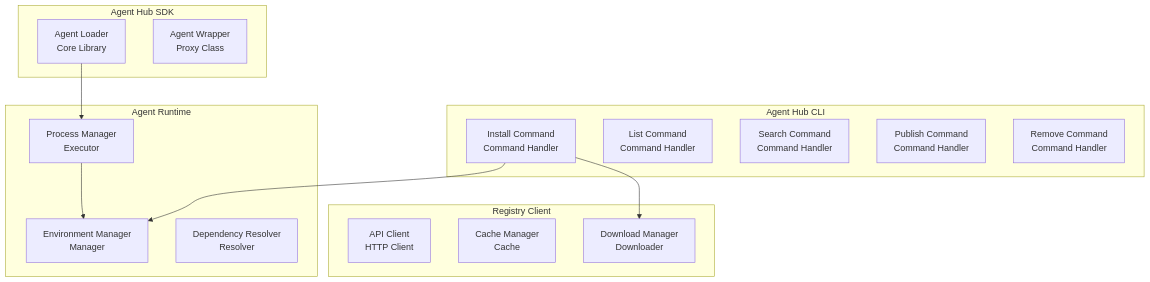
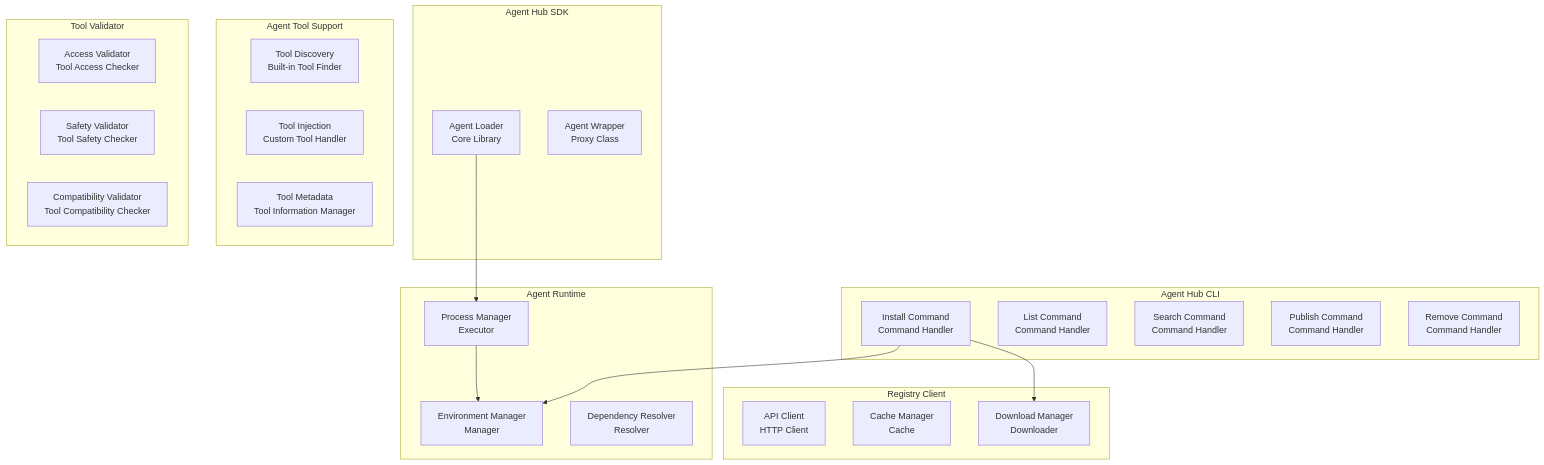
The third of 7 diagrams in docs/.architecture_design/03_container_architecture.md (agentplug/agenthub), drawn with Mermaid before and after one commit. The commit also changed other lines of this file and 14 other files, not shown here.

Commit message:
add tool management to architecture design

````diff
--- a/docs/.architecture_design/03_container_architecture.md
+++ b/docs/.architecture_design/03_container_architecture.md
@@ -75,32 +80,44 @@
 ```mermaid
 graph TD
     subgraph CLI["Agent Hub CLI"]
         install_cmd["Install Command<br/>Command Handler"]
         list_cmd["List Command<br/>Command Handler"]
         search_cmd["Search Command<br/>Command Handler"]
         publish_cmd["Publish Command<br/>Command Handler"]
         remove_cmd["Remove Command<br/>Command Handler"]
     end
     
     subgraph SDK["Agent Hub SDK"]
         agent_loader["Agent Loader<br/>Core Library"]
         agent_wrapper["Agent Wrapper<br/>Proxy Class"]
     end
     
     subgraph Runtime["Agent Runtime"]
         process_manager["Process Manager<br/>Executor"]
         env_manager["Environment Manager<br/>Manager"]
         dep_resolver["Dependency Resolver<br/>Resolver"]
     end
     
     subgraph Registry["Registry Client"]
         api_client["API Client<br/>HTTP Client"]
         cache_manager["Cache Manager<br/>Cache"]
         download_manager["Download Manager<br/>Downloader"]
     end
     
+    subgraph ToolSupport["Agent Tool Support"]
+        tool_discovery["Tool Discovery<br/>Built-in Tool Finder"]
+        tool_injection["Tool Injection<br/>Custom Tool Handler"]
+        tool_metadata["Tool Metadata<br/>Tool Information Manager"]
+    end
+    
+    subgraph ToolValidator["Tool Validator"]
+        access_validator["Access Validator<br/>Tool Access Checker"]
+        safety_validator["Safety Validator<br/>Tool Safety Checker"]
+        compatibility_validator["Compatibility Validator<br/>Tool Compatibility Checker"]
+    end
+    
     install_cmd --> download_manager
     install_cmd --> env_manager
     agent_loader --> process_manager
     process_manager --> env_manager
 ```
````
